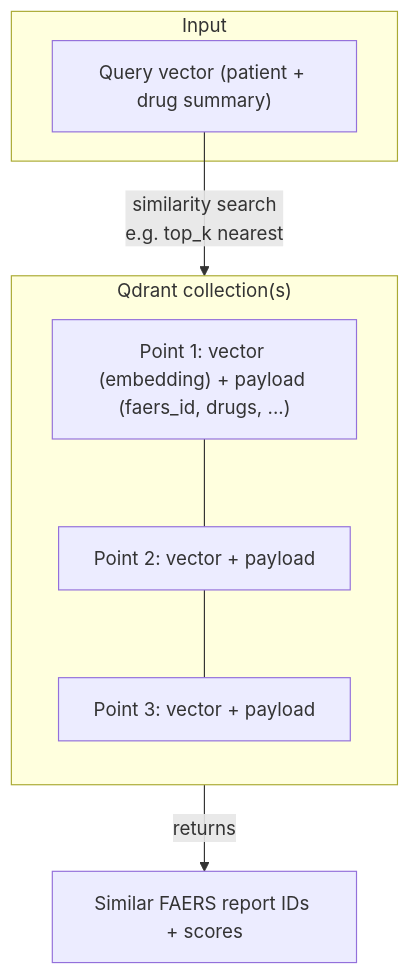
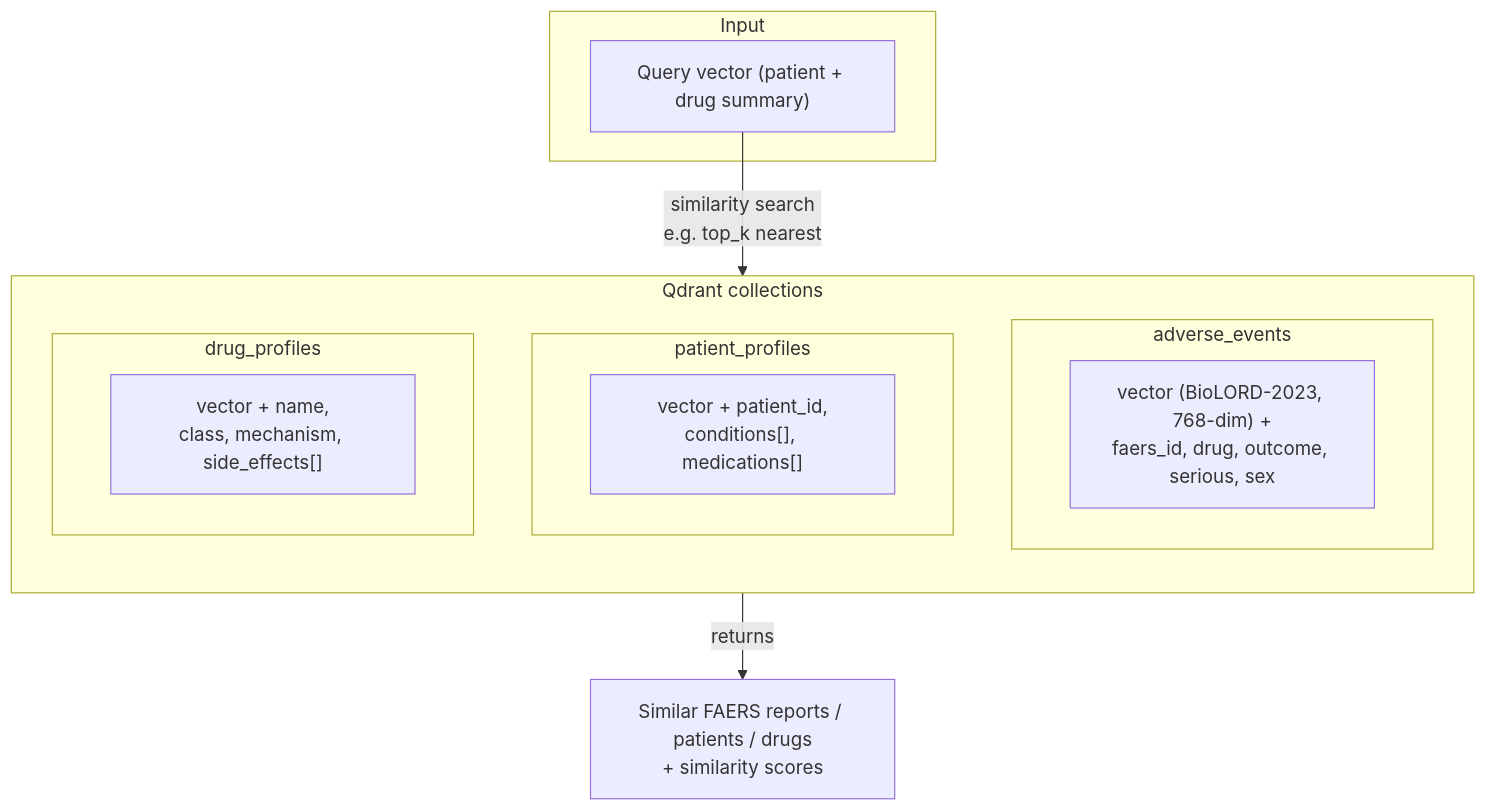
The fourth of 6 diagrams in docs/database_diagrams.md (eemilycchen/drug_safety_and_recommendation), drawn with Mermaid before and after one commit. The commit also changed other lines of this file and 1 other file, not shown here.

Commit message:
updated diagrams

````diff
--- a/docs/database_diagrams.md
+++ b/docs/database_diagrams.md
@@ -169,18 +200,22 @@
 ```mermaid
 flowchart TB
-    subgraph Qdrant["Qdrant collection(s)"]
+    subgraph Qdrant["Qdrant collections"]
         direction TB
-        P1["Point 1: vector (embedding) + payload (faers_id, drugs, ...)"]
-        P2["Point 2: vector + payload"]
-        P3["Point 3: vector + payload"]
-        P1 --- P2
-        P2 --- P3
+        subgraph AE["adverse_events"]
+            AE1["vector (BioLORD-2023, 768-dim) +\nfaers_id, drug, outcome, serious, sex"]
+        end
+        subgraph PP["patient_profiles"]
+            PP1["vector + patient_id,\nconditions[], medications[]"]
+        end
+        subgraph DP["drug_profiles"]
+            DP1["vector + name,\nclass, mechanism, side_effects[]"]
+        end
     end
 
     subgraph Input["Input"]
         Q["Query vector (patient + drug summary)"]
     end
 
     Q -->|similarity search<br/>e.g. top_k nearest| Qdrant
-    Qdrant -->|returns| R["Similar FAERS report IDs + scores"]
+    Qdrant -->|returns| R["Similar FAERS reports / patients / drugs\n+ similarity scores"]
 ```
````
